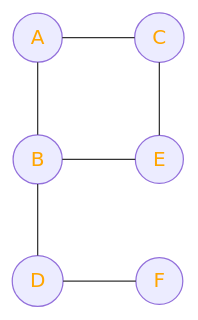
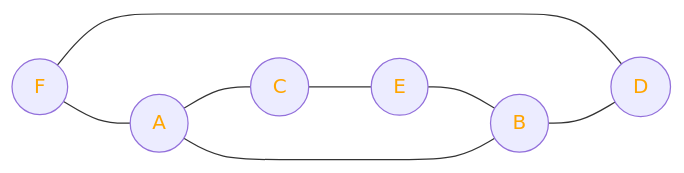
Before and after one commit to BradleyGilden/DSA-Practice: the second of 2 diagrams in Graphs/GraphsSummary.md, drawn with Mermaid. The commit also changed other lines of this file, not shown here.

Commit message:
updated undirected graph

````diff
--- a/Graphs/GraphsSummary.md
+++ b/Graphs/GraphsSummary.md
@@ -28,16 +31,12 @@
 ```mermaid
-  block-beta
-  columns 3
-  A(("<font color='orange'>&nbsp;&nbsp;A&nbsp;&nbsp;</font>")) space C(("<font color='orange'>&nbsp;&nbsp;C&nbsp;&nbsp;</font>"))
-  space space space
-  B(("<font color='orange'>&nbsp;&nbsp;B&nbsp;&nbsp;</font>")) space E(("<font color='orange'>&nbsp;&nbsp;E&nbsp;&nbsp;</font>"))
-  space space space
-  D(("<font color='orange'>&nbsp;&nbsp;D&nbsp;&nbsp;</font>")) space F(("<font color='orange'>&nbsp;&nbsp;F&nbsp;&nbsp;</font>"))
-  A --- C
-  C --- E
-  E --- B
-  A --- B
-  F --- D
-  B --- D
+  flowchart LR
+  A((<font color='orange'>&nbsp;&nbsp;A&nbsp;&nbsp;</font>)) --- C((<font color='orange'>&nbsp;&nbsp;C&nbsp;&nbsp;</font>))
+  C--- E((<font color='orange'>&nbsp;&nbsp;E&nbsp;&nbsp;</font>))
+  E--- B((<font color='orange'>&nbsp;&nbsp;B&nbsp;&nbsp;</font>))
+  A--- B
+  F--- D((<font color='orange'>&nbsp;&nbsp;D&nbsp;&nbsp;</font>))
+  B--- D
+  F((<font color='orange'>&nbsp;&nbsp;F&nbsp;&nbsp;</font>)) --- A
+
 
 ```
````
